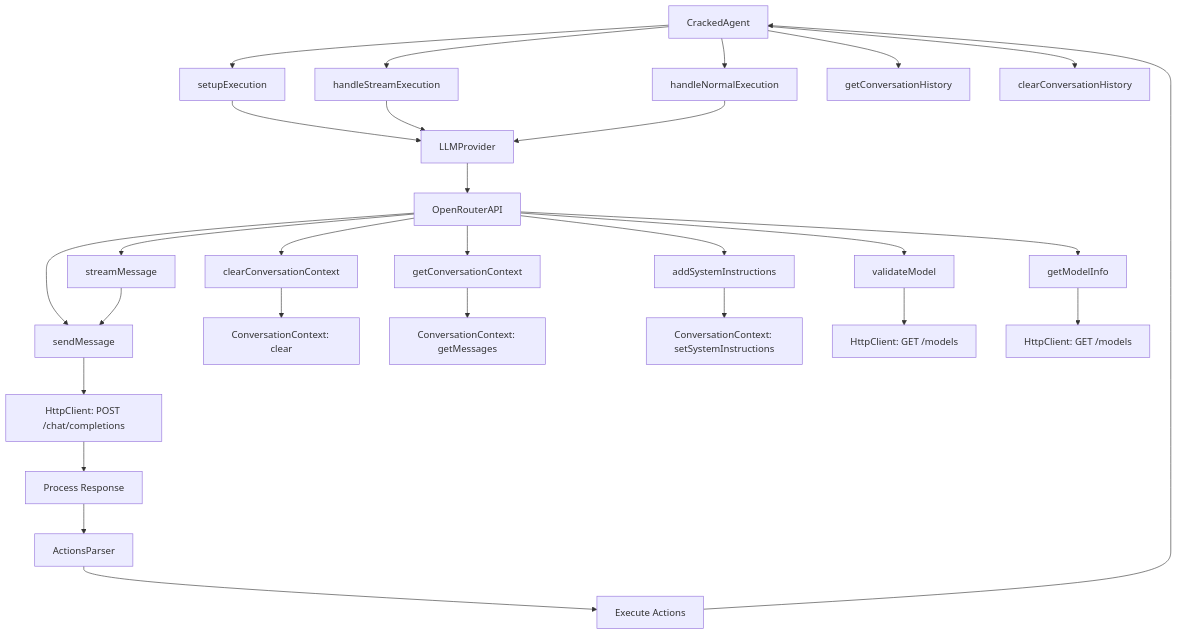
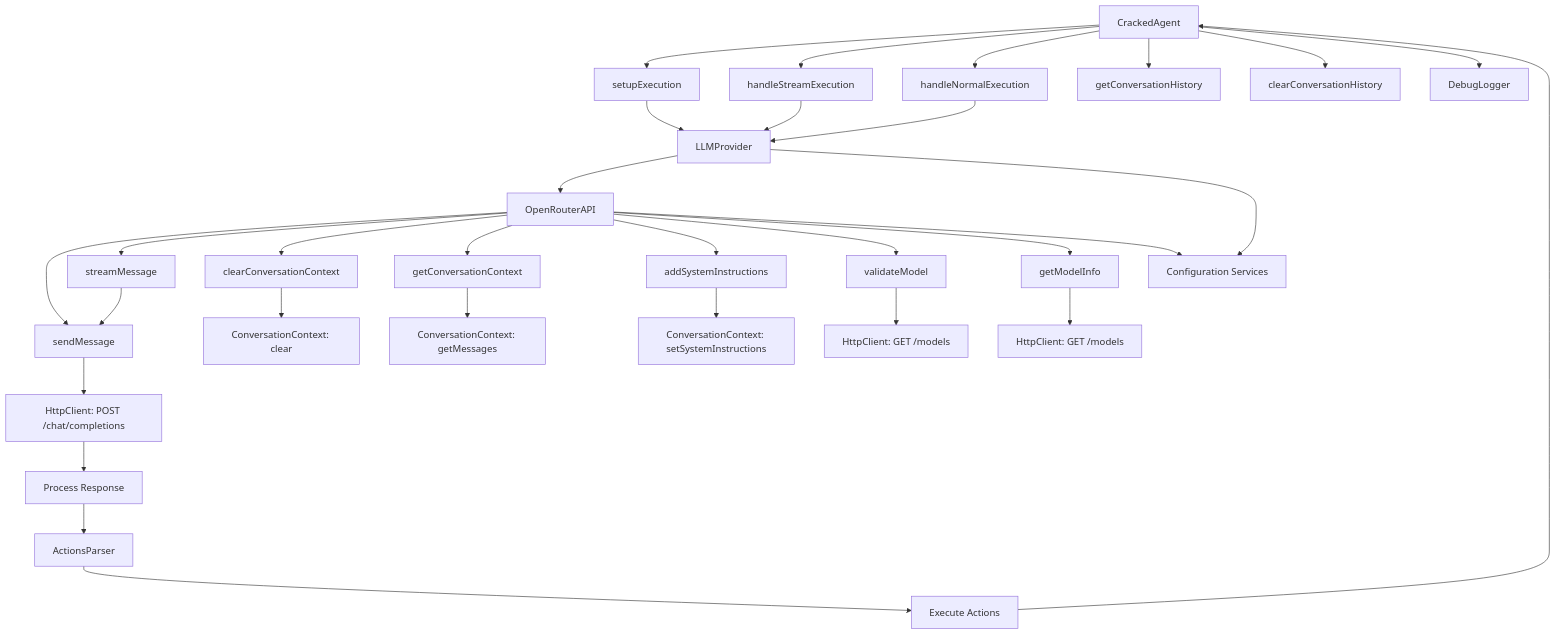
One commit to AgentSwarm-AI/cracked-dev-cli changed the diagram in docs/Technical_Architecture.md. Above: the diagram before and after it, drawn with Mermaid. The commit also changed other lines of this file and 1 other file, not shown here.

Commit message:
docs: enhance Technical Architecture documentation and improve instruction formatting in LLMContextCreator

````diff
--- a/docs/Technical_Architecture.md
+++ b/docs/Technical_Architecture.md
@@ -68,30 +105,33 @@
 ```mermaid
 graph TD;
     A[CrackedAgent] --> B[setupExecution];
     A --> C[handleStreamExecution];
     A --> D[handleNormalExecution];
     A --> E[getConversationHistory];
     A --> F[clearConversationHistory];
     B --> G[LLMProvider];
     C --> G;
     D --> G;
     G --> H[OpenRouterAPI];
     H --> I[sendMessage];
     H --> J[streamMessage];
     H --> K[clearConversationContext];
     H --> L[getConversationContext];
     H --> M[addSystemInstructions];
     H --> N[validateModel];
     H --> O[getModelInfo];
     I --> P[HttpClient: POST /chat/completions];
     J --> I;
     K --> Q[ConversationContext: clear];
     L --> R[ConversationContext: getMessages];
     M --> S[ConversationContext: setSystemInstructions];
     N --> T[HttpClient: GET /models];
     O --> U[HttpClient: GET /models];
     P --> V[Process Response];
     V --> W[ActionsParser];
     W --> X[Execute Actions];
     X --> A;
+    G --> Y[Configuration Services];
+    H --> Y;
+    A --> Z[DebugLogger];
 ```
````
